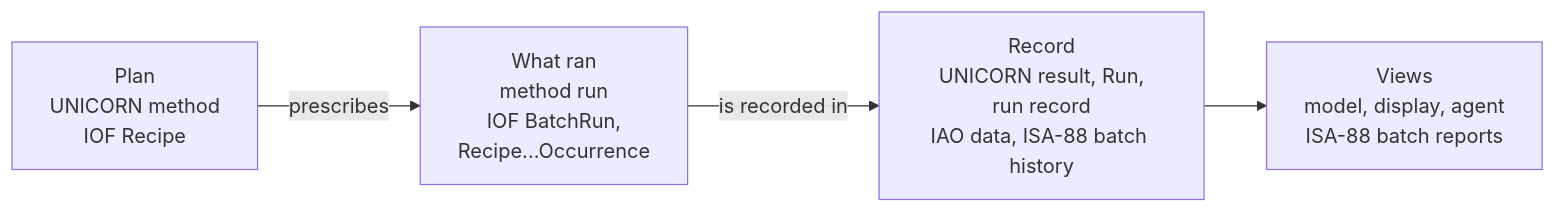
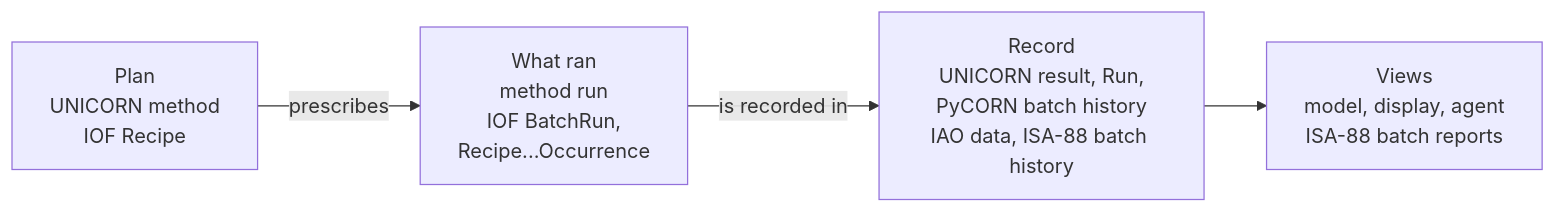
One commit to traylosj/PyCORN changed the tenth of 10 diagrams in docs/RUN_STRUCTURE_RECORD.md. Above: the diagram before and after it, drawn with Mermaid. The commit also changed other lines of this file, not shown here.

First line of the commit message:
Run record proposal: PyCORN batch history, numbered tables and figures

````diff
--- a/docs/RUN_STRUCTURE_RECORD.md
+++ b/docs/RUN_STRUCTURE_RECORD.md
@@ -1068,6 +1373,6 @@
 ```mermaid
 flowchart LR
     plan["Plan<br/>UNICORN method<br/>IOF Recipe"] -- prescribes --> run["What ran<br/>method run<br/>IOF BatchRun,<br/>Recipe...Occurrence"]
-    run -- is recorded in --> rec["Record<br/>UNICORN result, Run,<br/>run record<br/>IAO data, ISA-88 batch history"]
+    run -- is recorded in --> rec["Record<br/>UNICORN result, Run,<br/>PyCORN batch history<br/>IAO data, ISA-88 batch history"]
     rec --> views["Views<br/>model, display, agent<br/>ISA-88 batch reports"]
 ```
````
